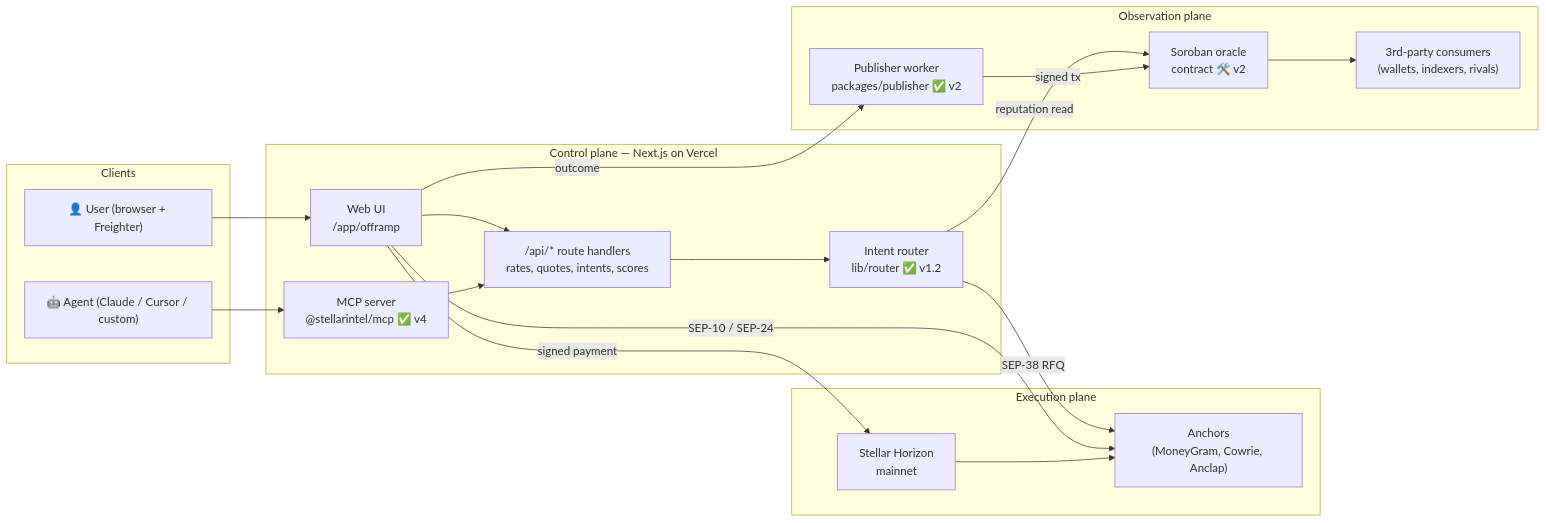
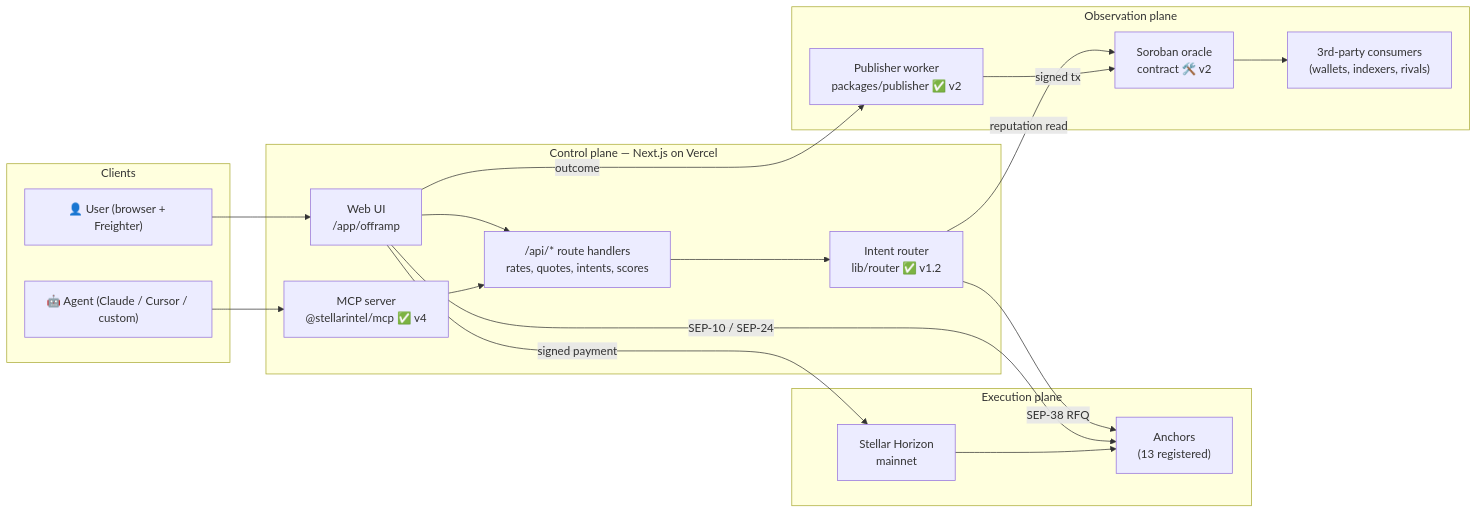
Before and after one commit to Abidat002/stellar-intel: the first of 6 diagrams in docs/ARCHITECTURE.md, drawn with Mermaid. The commit also changed other lines of this file and 1 other file, not shown here.

First line of the commit message:
docs(anchors): fix anchor list, oracle network, registry path, and env vars in ARCHITECTURE.md (#1899)

````diff
--- a/docs/ARCHITECTURE.md
+++ b/docs/ARCHITECTURE.md
@@ -43,39 +43,39 @@
 ```mermaid
 flowchart LR
   subgraph Clients
     User["👤 User (browser + Freighter)"]
     Agent["🤖 Agent (Claude / Cursor / custom)"]
   end
 
   subgraph Control["Control plane — Next.js on Vercel"]
     UI["Web UI\n/app/offramp"]
     MCP["MCP server\n@stellarintel/mcp ✅ v4"]
     API["/api/* route handlers\nrates, quotes, intents, scores"]
     Router["Intent router\nlib/router ✅ v1.2"]
   end
 
   subgraph Execution["Execution plane"]
-    Anchors["Anchors\n(MoneyGram, Cowrie, Anclap)"]
+    Anchors["Anchors\n(13 registered)"]
     Horizon["Stellar Horizon\nmainnet"]
   end
 
   subgraph Observation["Observation plane"]
     Publisher["Publisher worker\npackages/publisher ✅ v2"]
     Oracle["Soroban oracle\ncontract 🛠️ v2"]
     Consumers["3rd-party consumers\n(wallets, indexers, rivals)"]
   end
 
   User --> UI
   Agent --> MCP
   UI --> API
   MCP --> API
   API --> Router
   Router -->|SEP-38 RFQ| Anchors
   Router -->|reputation read| Oracle
   UI -->|SEP-10 / SEP-24| Anchors
   UI -->|signed payment| Horizon
   Horizon --> Anchors
   UI -->|outcome| Publisher
   Publisher -->|signed tx| Oracle
   Oracle --> Consumers
 ```
````
